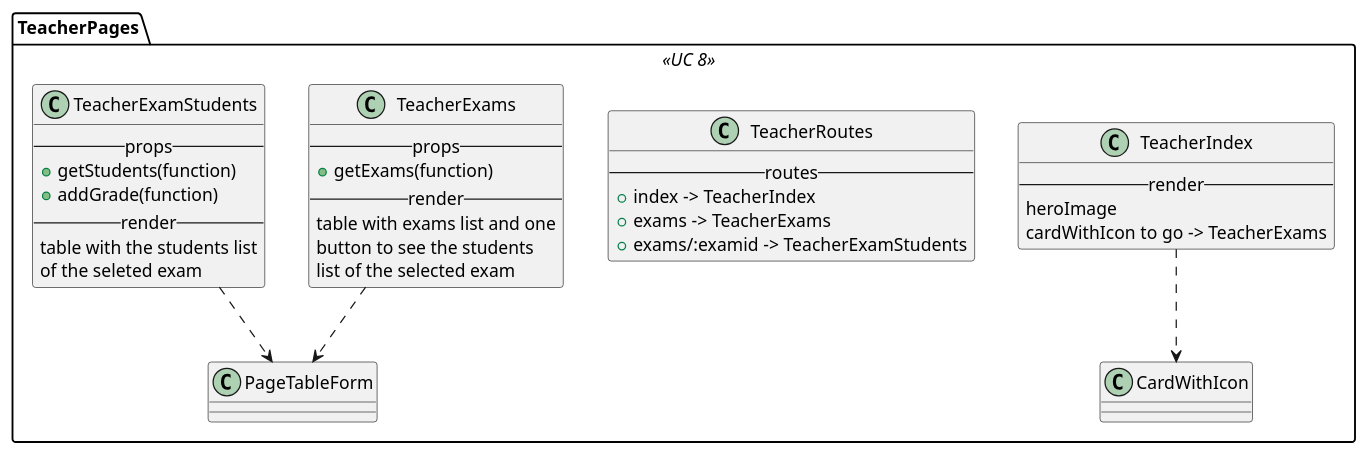
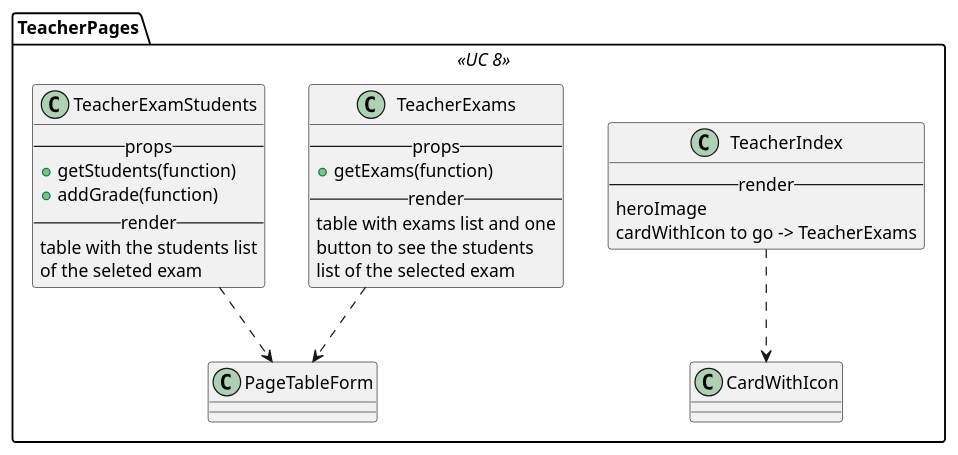
The diagram in react/teacher/index.iuml (M9k/Marvin-Uml), drawn with PlantUML before and after one commit. The commit also changed 11 other files, not shown here.

```diff
--- a/react/teacher/index.iuml
+++ b/react/teacher/index.iuml
@@ -1,37 +1,30 @@
 package TeacherPages <<UC 8>> {
 
 class TeacherIndex {
     --render--
         heroImage
         cardWithIcon to go -> TeacherExams
 }
 TeacherIndex ..> CardWithIcon
-
-class TeacherRoutes {
-    --routes--
-    + index -> TeacherIndex
-    + exams -> TeacherExams
-    + exams/:examid -> TeacherExamStudents
-}
 
 class TeacherExams {
     --props--
         + getExams(function)
     --render--
     table with exams list and one
     button to see the students
     list of the selected exam
 }
 TeacherExams ..> PageTableForm
 
 class TeacherExamStudents {
     --props--
         + getStudents(function)
         + addGrade(function)
     --render--
     table with the students list
     of the seleted exam
 }
 TeacherExamStudents ..> PageTableForm
 
 }
```
